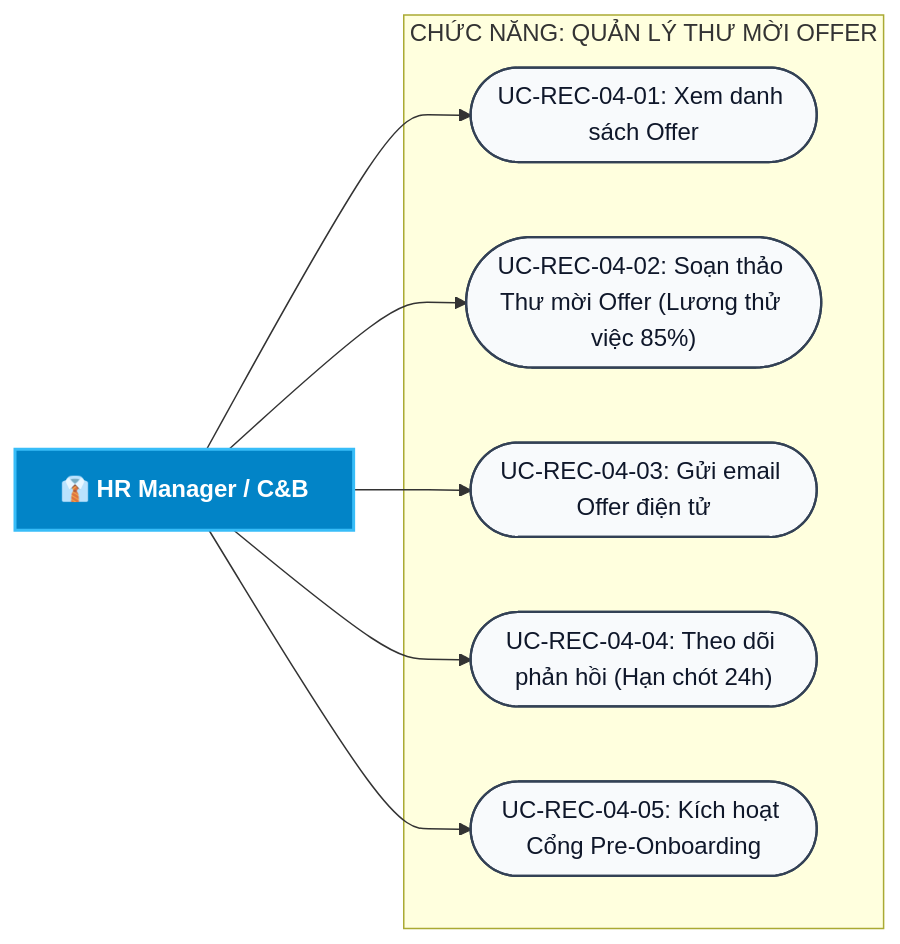
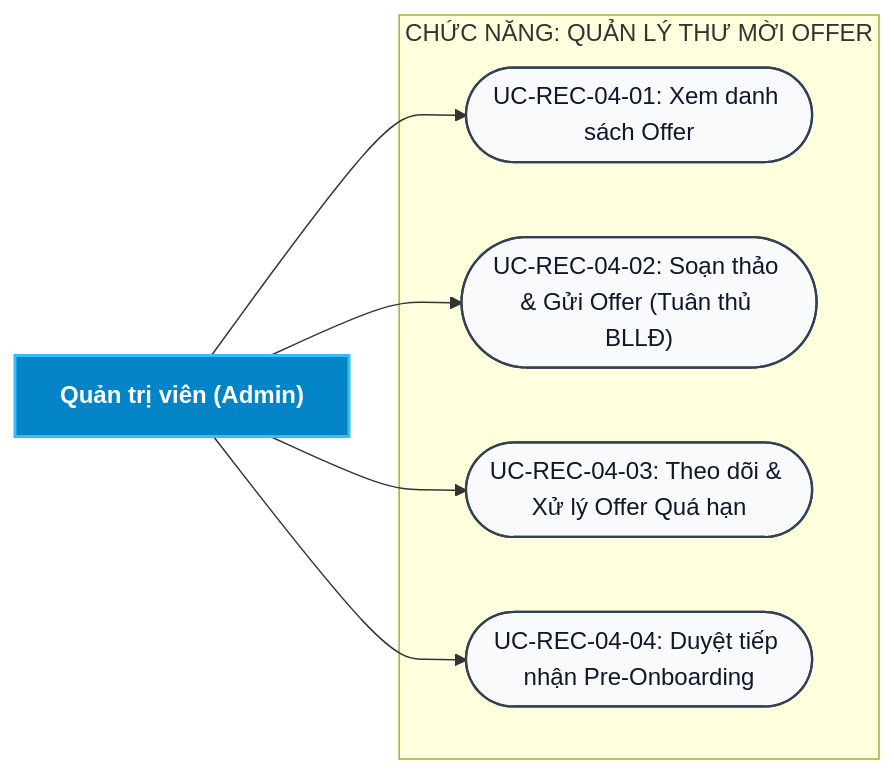
One commit to aye2710/HRM-DATN changed the tenth of 46 diagrams in docs/Các biểu đồ/So_Do_Use_Case_Tong_Quat_HRM.md. Above: the diagram before and after it, drawn with Mermaid. The commit also changed other lines of this file and 69 other files, not shown here.

First line of the commit message:
feat(ess,auth,docs): isolate portal auth, upgrade employee portal UI & sync diagrams

````diff
--- a/docs/Các biểu đồ/So_Do_Use_Case_Tong_Quat_HRM.md
+++ b/docs/Các biểu đồ/So_Do_Use_Case_Tong_Quat_HRM.md
@@ -597,23 +757,21 @@
 ```mermaid
 flowchart LR
-    ADMIN["👔 HR Manager / C&B"]
+    ADMIN["Quản trị viên (Admin)"]
 
     subgraph FUNC_OFF ["CHỨC NĂNG: QUẢN LÝ THƯ MỜI OFFER"]
         UC1(["UC-REC-04-01: Xem danh sách Offer"])
-        UC2(["UC-REC-04-02: Soạn thảo Thư mời Offer (Lương thử việc 85%)"])
-        UC3(["UC-REC-04-03: Gửi email Offer điện tử"])
-        UC4(["UC-REC-04-04: Theo dõi phản hồi (Hạn chót 24h)"])
-        UC5(["UC-REC-04-05: Kích hoạt Cổng Pre-Onboarding"])
+        UC2(["UC-REC-04-02: Soạn thảo & Gửi Offer (Tuân thủ BLLĐ)"])
+        UC3(["UC-REC-04-03: Theo dõi & Xử lý Offer Quá hạn"])
+        UC4(["UC-REC-04-04: Duyệt tiếp nhận Pre-Onboarding"])
     end
 
     ADMIN --> UC1
     ADMIN --> UC2
     ADMIN --> UC3
     ADMIN --> UC4
-    ADMIN --> UC5
 
     classDef actor fill:#0284c7,stroke:#38bdf8,stroke-width:2px,color:#ffffff,font-weight:bold;
     classDef uc fill:#f8fafc,stroke:#334155,stroke-width:1.5px,color:#0f172a;
     class ADMIN actor;
-    class UC1,UC2,UC3,UC4,UC5 uc;
+    class UC1,UC2,UC3,UC4 uc;
 ```
````
